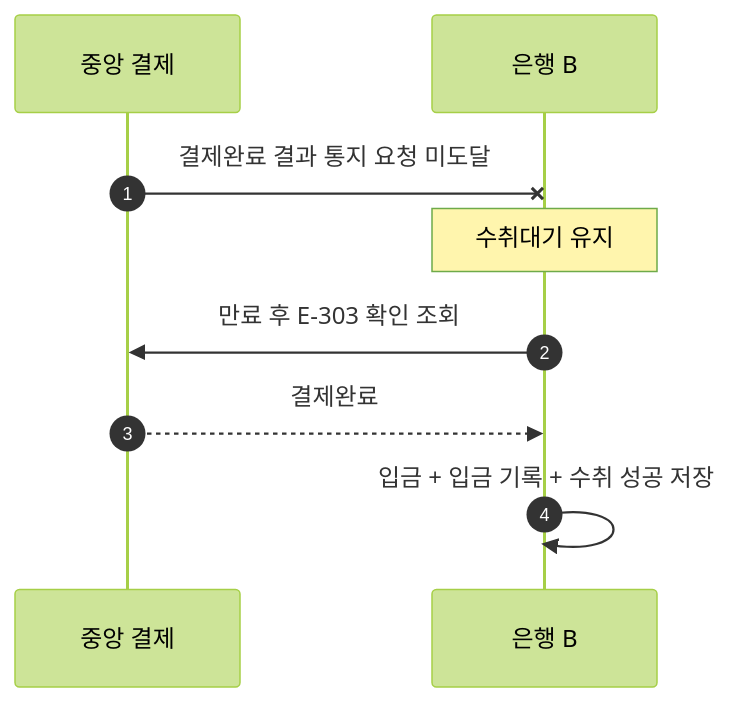
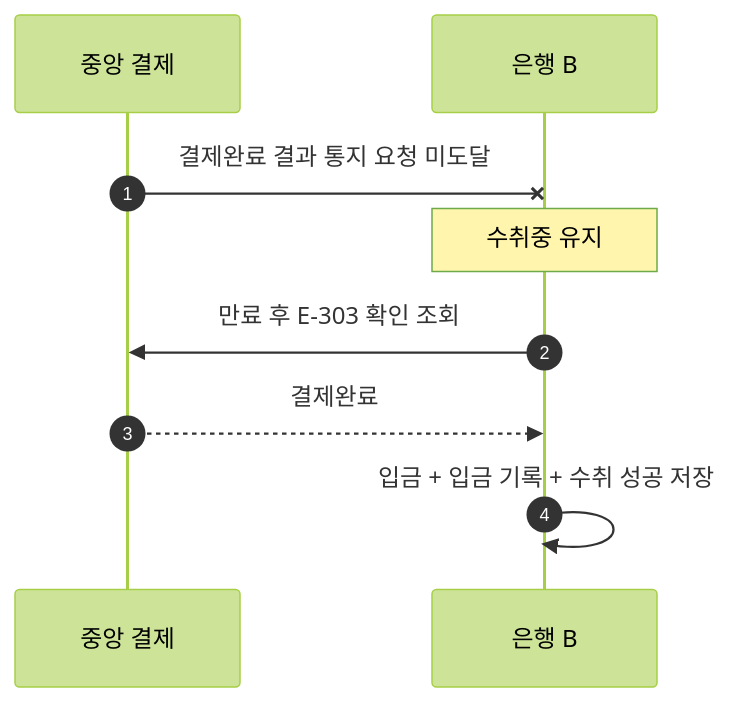
Before and after one commit to 2jun0/financial-system-backend: the diagram in docs/scenarios/S-303_결제완료_결과_통지_미도달.md, drawn with Mermaid (forest theme). The commit also changed other lines of this file and 8 other files, not shown here.

````diff
--- a/docs/scenarios/S-303_결제완료_결과_통지_미도달.md
+++ b/docs/scenarios/S-303_결제완료_결과_통지_미도달.md
@@ -26,11 +26,11 @@
 ```mermaid
 sequenceDiagram
     autonumber
     participant C as 중앙 결제
     participant B as 은행 B
     C-xB: 결제완료 결과 통지 요청 미도달
-    Note over B: 수취대기 유지
+    Note over B: 수취중 유지
     B->>C: 만료 후 E-303 확인 조회
     C-->>B: 결제완료
     B->>B: 입금 + 입금 기록 + 수취 성공 저장
 ```
````
